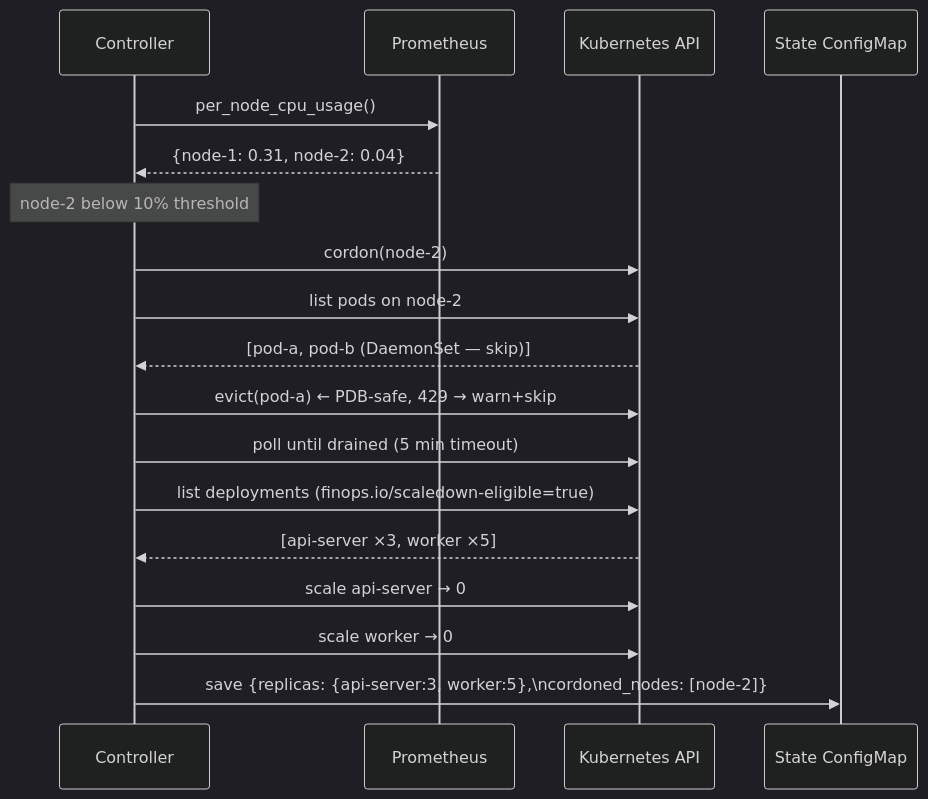
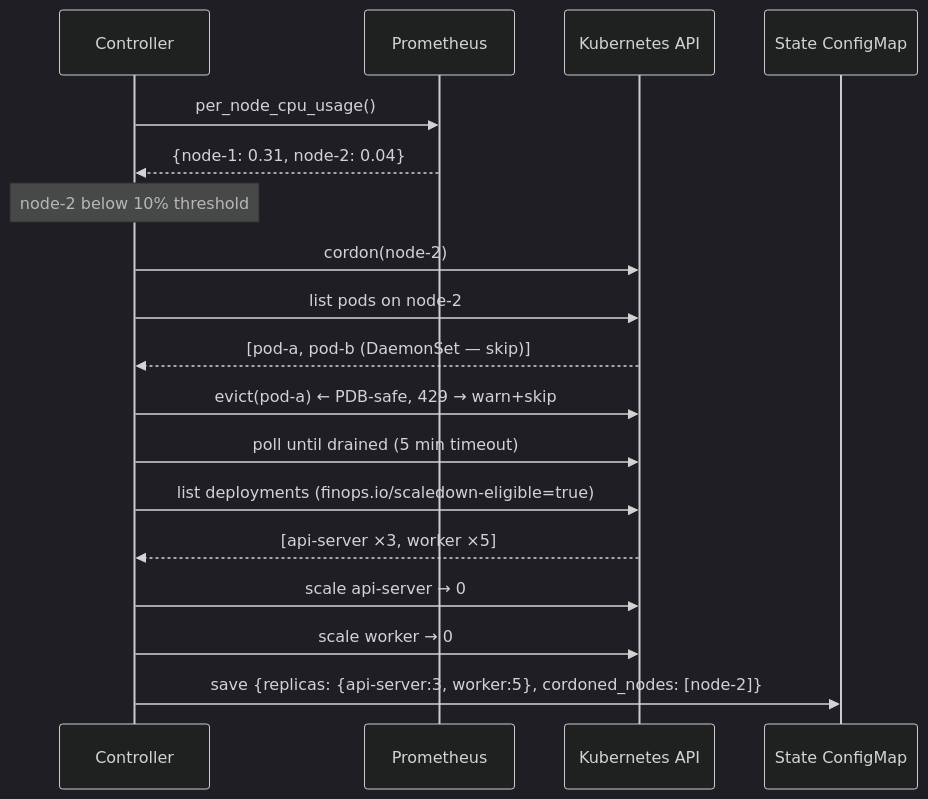
Before and after one commit to sriaratragada/Dynamic-Predictive-FinOps-Cluster-Down-Scaler: the fourth of 7 diagrams in OVERVIEW.md, drawn with Mermaid (dark theme). The commit also changed other lines of this file and 2 other files, not shown here.

````diff
--- a/OVERVIEW.md
+++ b/OVERVIEW.md
@@ -109,21 +134,21 @@
 ```mermaid
 sequenceDiagram
   participant C as Controller
   participant P as Prometheus
   participant K as Kubernetes API
   participant S as State ConfigMap
 
   C->>P: per_node_cpu_usage()
   P-->>C: {node-1: 0.31, node-2: 0.04}
   Note over C: node-2 below 10% threshold
   C->>K: cordon(node-2)
   C->>K: list pods on node-2
   K-->>C: [pod-a, pod-b (DaemonSet — skip)]
   C->>K: evict(pod-a)  ← PDB-safe, 429 → warn+skip
   C->>K: poll until drained (5 min timeout)
   C->>K: list deployments (finops.io/scaledown-eligible=true)
   K-->>C: [api-server ×3, worker ×5]
   C->>K: scale api-server → 0
   C->>K: scale worker → 0
-  C->>S: save {replicas: {api-server:3, worker:5},\ncordoned_nodes: [node-2]}
+  C->>S: save {replicas: {api-server:3, worker:5}, cordoned_nodes: [node-2]}
 ```
````
